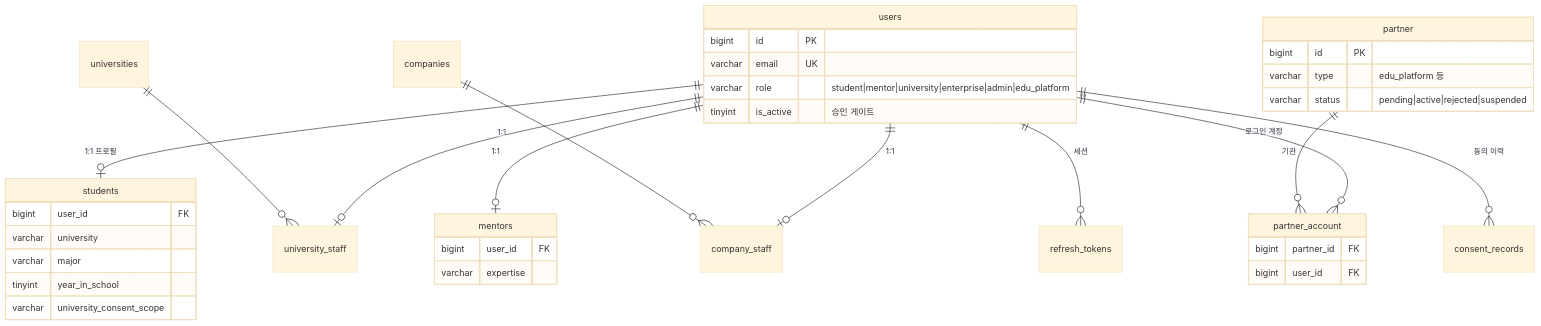
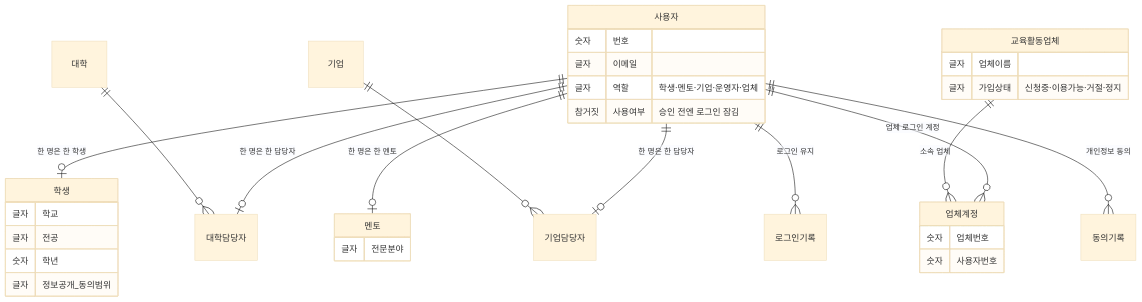
Before and after one commit to hsg9013/AI-career-roadmap: the fifth of 7 diagrams in docs/presentation-diagrams.md, drawn with Mermaid (base theme). The commit also changed other lines of this file and 23 other files, not shown here.

First line of the commit message:
docs(005): 발표 다이어그램 일상어 버전으로 교체

````diff
--- a/docs/presentation-diagrams.md
+++ b/docs/presentation-diagrams.md
@@ -145,40 +145,37 @@
 ```mermaid
 erDiagram
-  users ||--o| students : "1:1 프로필"
-  users ||--o| mentors : "1:1"
-  users ||--o| university_staff : "1:1"
-  users ||--o| company_staff : "1:1"
-  users ||--o{ partner_account : "로그인 계정"
-  partner ||--o{ partner_account : "기관"
-  users ||--o{ refresh_tokens : "세션"
-  users ||--o{ consent_records : "동의 이력"
-  universities ||--o{ university_staff : ""
-  companies ||--o{ company_staff : ""
+  사용자 ||--o| 학생 : "한 명은 한 학생"
+  사용자 ||--o| 멘토 : "한 명은 한 멘토"
+  사용자 ||--o| 대학담당자 : "한 명은 한 담당자"
+  사용자 ||--o| 기업담당자 : "한 명은 한 담당자"
+  사용자 ||--o{ 업체계정 : "업체 로그인 계정"
+  교육활동업체 ||--o{ 업체계정 : "소속 업체"
+  사용자 ||--o{ 로그인기록 : "로그인 유지"
+  사용자 ||--o{ 동의기록 : "개인정보 동의"
+  대학 ||--o{ 대학담당자 : ""
+  기업 ||--o{ 기업담당자 : ""
 
-  users {
-    bigint id PK
-    varchar email UK
-    varchar role "student|mentor|university|enterprise|admin|edu_platform"
-    tinyint is_active "승인 게이트"
+  사용자 {
+    숫자 번호
+    글자 이메일
+    글자 역할 "학생·멘토·기업·운영자·업체"
+    참거짓 사용여부 "승인 전엔 로그인 잠김"
   }
-  students {
-    bigint user_id FK
-    varchar university
-    varchar major
-    tinyint year_in_school
-    varchar university_consent_scope
+  학생 {
+    글자 학교
+    글자 전공
+    숫자 학년
+    글자 정보공개_동의범위
   }
-  partner {
-    bigint id PK
-    varchar type "edu_platform 등"
-    varchar status "pending|active|rejected|suspended"
+  교육활동업체 {
+    글자 업체이름
+    글자 가입상태 "신청중·이용가능·거절·정지"
   }
-  partner_account {
-    bigint partner_id FK
-    bigint user_id FK
+  업체계정 {
+    숫자 업체번호
+    숫자 사용자번호
   }
-  mentors {
-    bigint user_id FK
-    varchar expertise
+  멘토 {
+    글자 전문분야
   }
 ```
````
